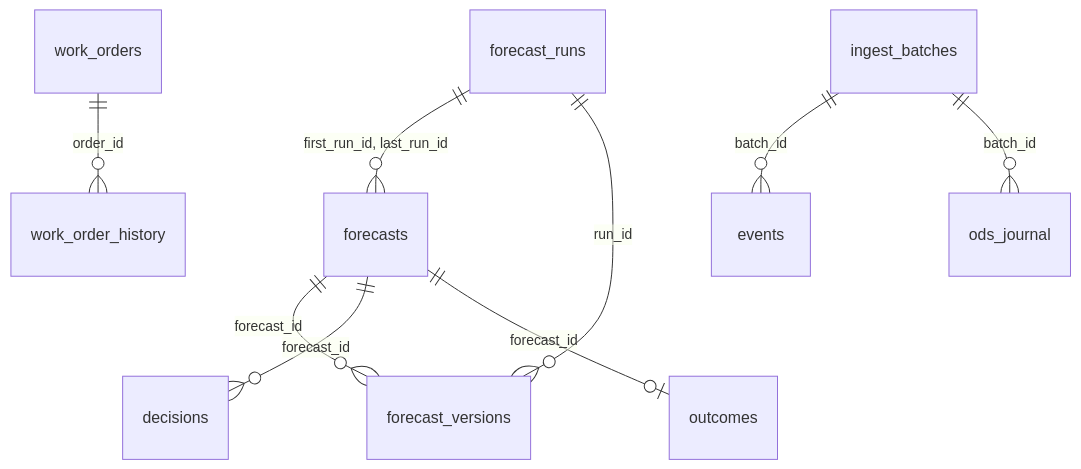
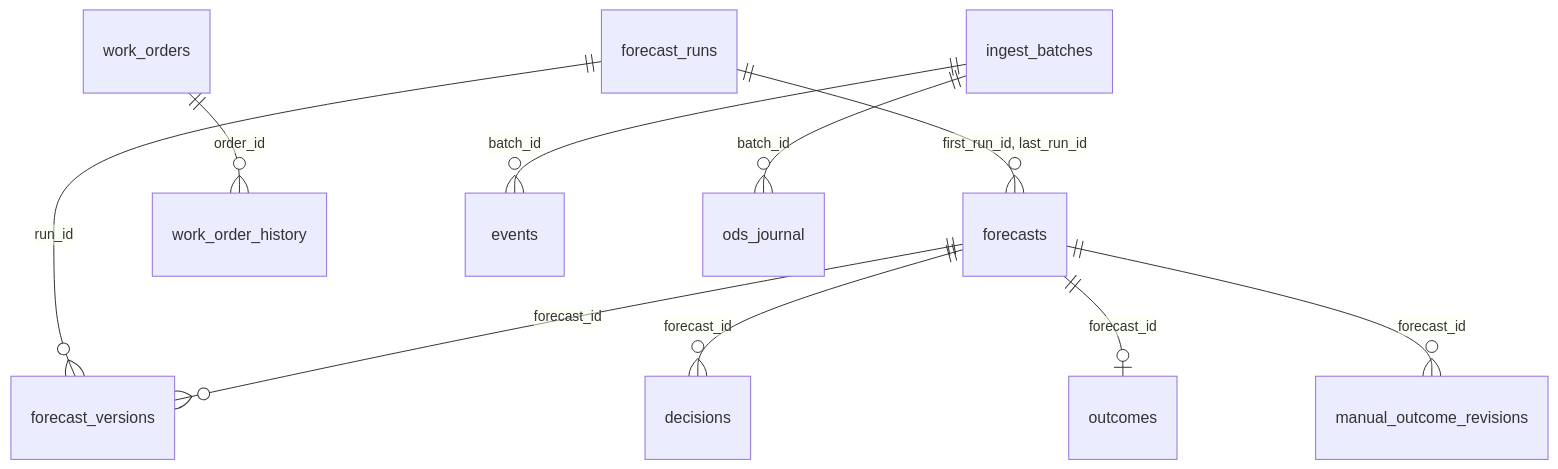
The fourth of 4 diagrams in docs/submission/02-architecture.md (Bitmann0/moscollector-predict), drawn with Mermaid before and after one commit. The commit also changed other lines of this file and 27 other files, not shown here.

````diff
--- a/docs/submission/02-architecture.md
+++ b/docs/submission/02-architecture.md
@@ -341,11 +341,12 @@
 ```mermaid
 erDiagram
   forecast_runs ||--o{ forecasts : "first_run_id, last_run_id"
   forecast_runs ||--o{ forecast_versions : run_id
   forecasts ||--o{ forecast_versions : forecast_id
   forecasts ||--o{ decisions : forecast_id
   forecasts ||--o| outcomes : forecast_id
+  forecasts ||--o{ manual_outcome_revisions : forecast_id
   work_orders ||--o{ work_order_history : order_id
   ingest_batches ||--o{ events : batch_id
   ingest_batches ||--o{ ods_journal : batch_id
 ```
````
